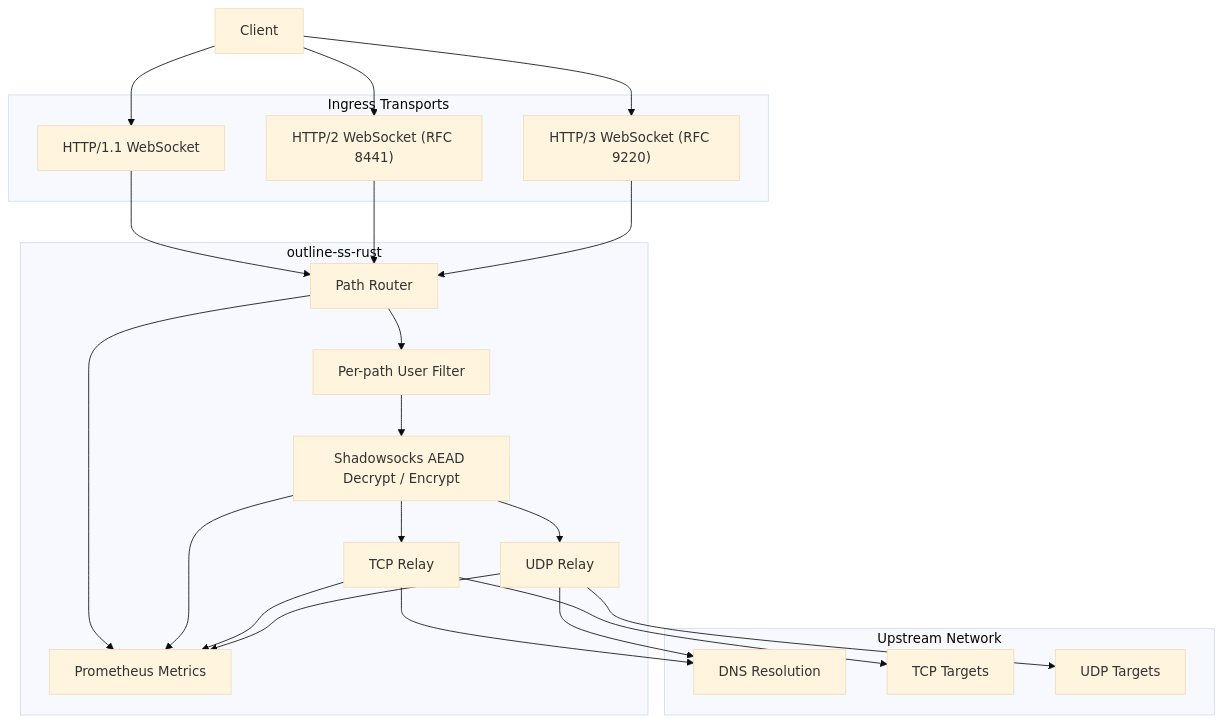
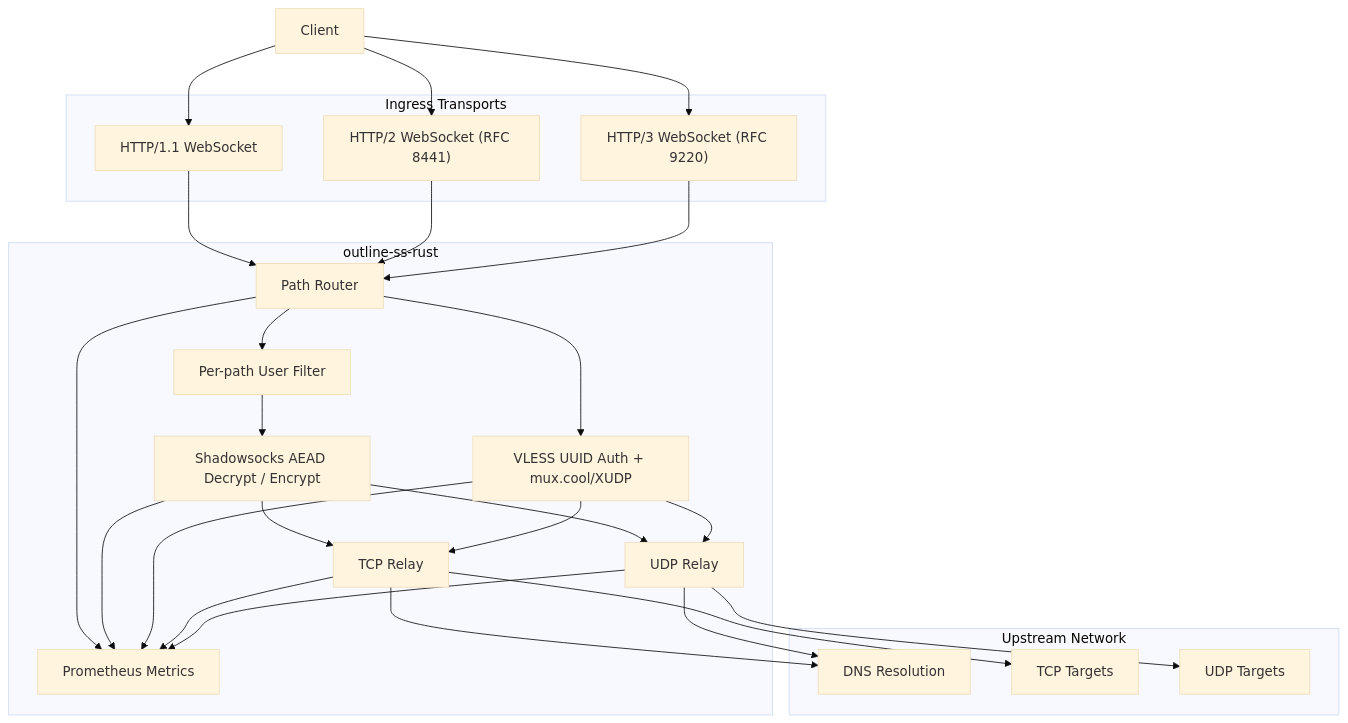
One commit to balookrd/outline-proxy changed the first of 4 diagrams in ss/docs/ARCHITECTURE.md. Above: the diagram before and after it, drawn with Mermaid (base theme). The commit also changed other lines of this file and 5 other files, not shown here.

First line of the commit message:
Document VLESS mux.cool/XUDP support

````diff
--- a/ss/docs/ARCHITECTURE.md
+++ b/ss/docs/ARCHITECTURE.md
@@ -9,48 +9,53 @@
 ```mermaid
 flowchart TD
     CLIENT["Client"]
 
     subgraph FRONTEND["Ingress Transports"]
         H1["HTTP/1.1 WebSocket"]
         H2["HTTP/2 WebSocket (RFC 8441)"]
         H3["HTTP/3 WebSocket (RFC 9220)"]
     end
 
     subgraph CORE["outline-ss-rust"]
         ROUTER["Path Router"]
         FILTER["Per-path User Filter"]
         CRYPTO["Shadowsocks AEAD Decrypt / Encrypt"]
+        VLESS["VLESS UUID Auth + mux.cool/XUDP"]
         TCPR["TCP Relay"]
         UDPR["UDP Relay"]
         METRICS["Prometheus Metrics"]
     end
 
     subgraph UPSTREAM["Upstream Network"]
         DNS["DNS Resolution"]
         TCPU["TCP Targets"]
         UDPU["UDP Targets"]
     end
 
     CLIENT --> H1
     CLIENT --> H2
     CLIENT --> H3
 
     H1 --> ROUTER
     H2 --> ROUTER
     H3 --> ROUTER
 
     ROUTER --> FILTER
     FILTER --> CRYPTO
+    ROUTER --> VLESS
     CRYPTO --> TCPR
     CRYPTO --> UDPR
+    VLESS --> TCPR
+    VLESS --> UDPR
 
     TCPR --> DNS
     TCPR --> TCPU
     UDPR --> DNS
     UDPR --> UDPU
 
     ROUTER --> METRICS
     CRYPTO --> METRICS
+    VLESS --> METRICS
     TCPR --> METRICS
     UDPR --> METRICS
 ```
````
